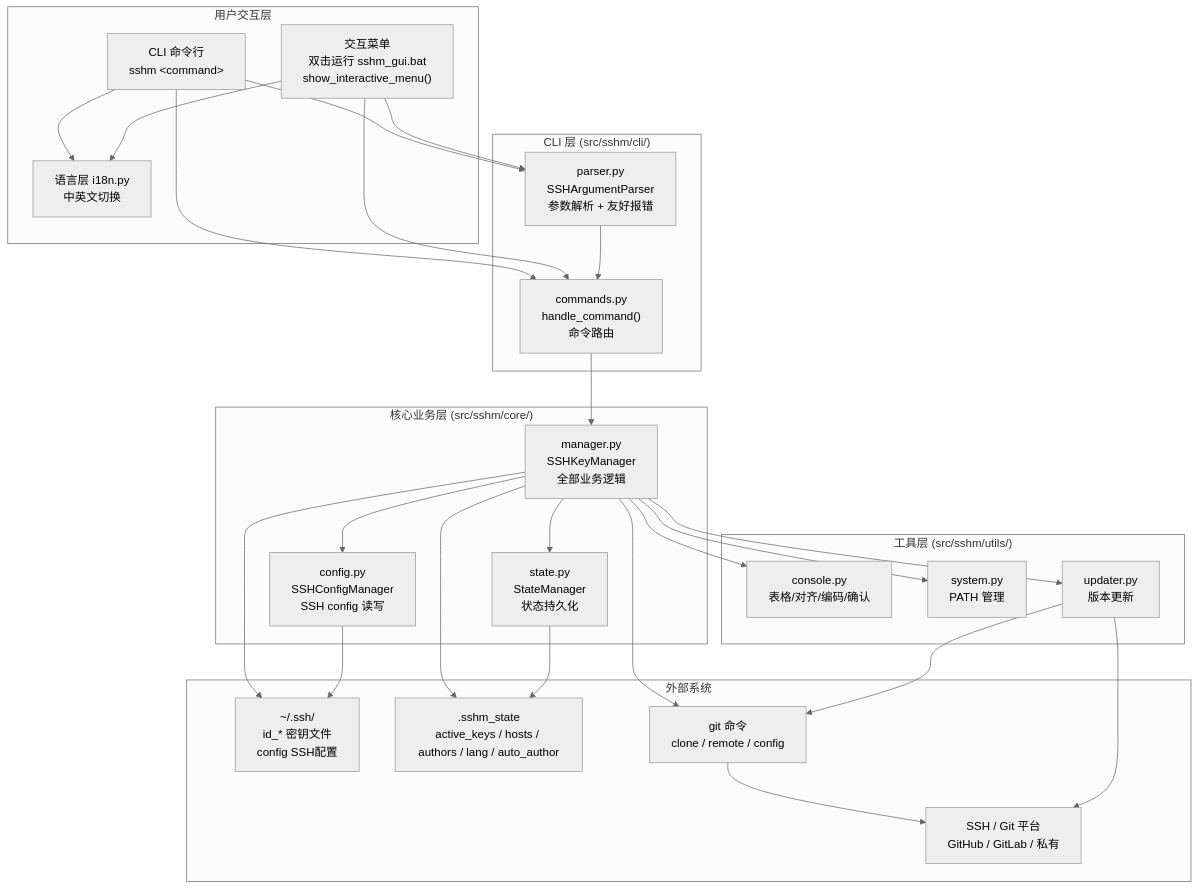
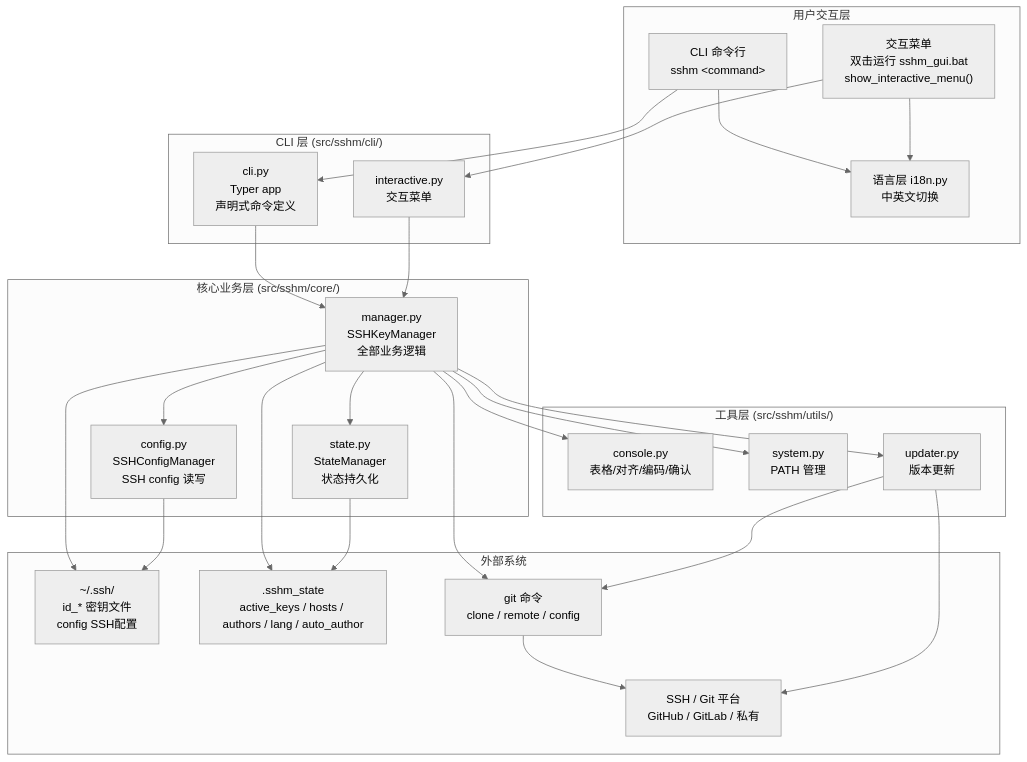
Before and after one commit to 365tools/SSHKeyManager: the second of 2 diagrams in docs/DEVELOPER.md, drawn with Mermaid (neutral theme). The commit also changed other lines of this file and 43 other files, not shown here.

````diff
--- a/docs/DEVELOPER.md
+++ b/docs/DEVELOPER.md
@@ -96,59 +103,57 @@
 ```mermaid
 flowchart TB
     subgraph User["用户交互层"]
         CLI["CLI 命令行<br/>sshm &lt;command&gt;"]
         GUI["交互菜单<br/>双击运行 sshm_gui.bat<br/>show_interactive_menu()"]
         LANG["语言层 i18n.py<br/>中英文切换"]
     end
 
     subgraph Cli["CLI 层 (src/sshm/cli/)"]
-        Parser["parser.py<br/>SSHArgumentParser<br/>参数解析 + 友好报错"]
-        Commands["commands.py<br/>handle_command()<br/>命令路由"]
+        CliApp["cli.py<br/>Typer app<br/>声明式命令定义"]
+        Interactive["interactive.py<br/>交互菜单"]
     end
 
     subgraph Core["核心业务层 (src/sshm/core/)"]
         Manager["manager.py<br/>SSHKeyManager<br/>全部业务逻辑"]
         Config["config.py<br/>SSHConfigManager<br/>SSH config 读写"]
         State["state.py<br/>StateManager<br/>状态持久化"]
     end
 
     subgraph Utils["工具层 (src/sshm/utils/)"]
         Console["console.py<br/>表格/对齐/编码/确认"]
         System["system.py<br/>PATH 管理"]
         Updater["updater.py<br/>版本更新"]
     end
 
     subgraph External["外部系统"]
         SSH_DIR["~/.ssh/<br/>id_* 密钥文件<br/>config SSH配置"]
         STATE_FILE[".sshm_state<br/>active_keys / hosts / authors / lang / auto_author"]
         GIT["git 命令<br/>clone / remote / config"]
         SSHD["SSH / Git 平台<br/>GitHub / GitLab / 私有"]
     end
 
-    CLI --> Parser
-    CLI --> Commands
-    GUI --> Parser
-    GUI --> Commands
+    CLI --> CliApp
+    GUI --> Interactive
     CLI --> LANG
     GUI --> LANG
 
-    Parser --> Commands
-    Commands --> Manager
+    CliApp --> Manager
+    Interactive --> Manager
 
     Manager --> Config
     Manager --> State
 
     Manager --> Console
     Manager --> System
     Manager --> Updater
 
     Manager --> SSH_DIR
     Manager --> STATE_FILE
     Manager --> GIT
     Config --> SSH_DIR
     State --> STATE_FILE
     GIT --> SSHD
 
     Updater --> GIT
     Updater --> SSHD
 ```
````
